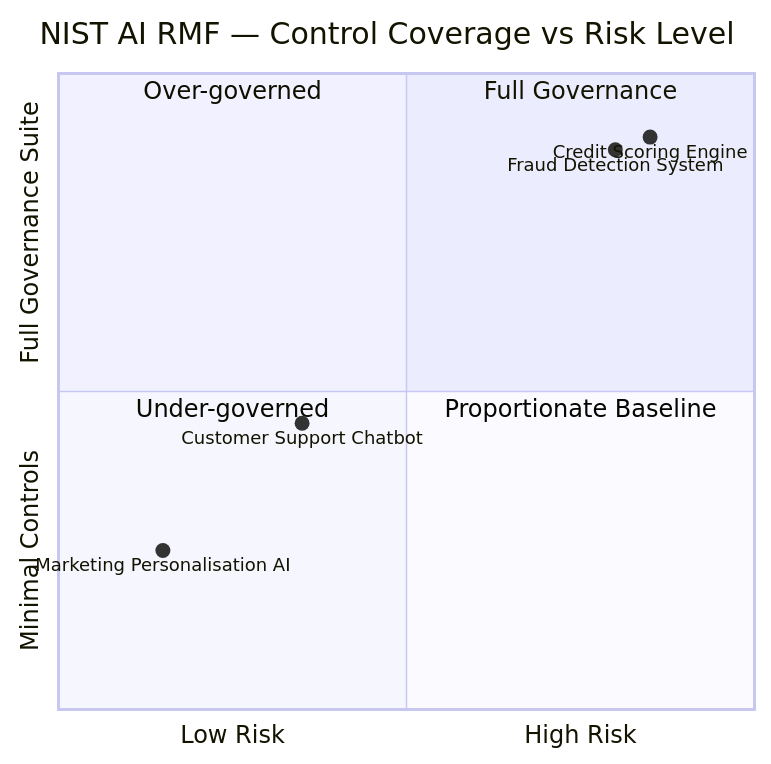
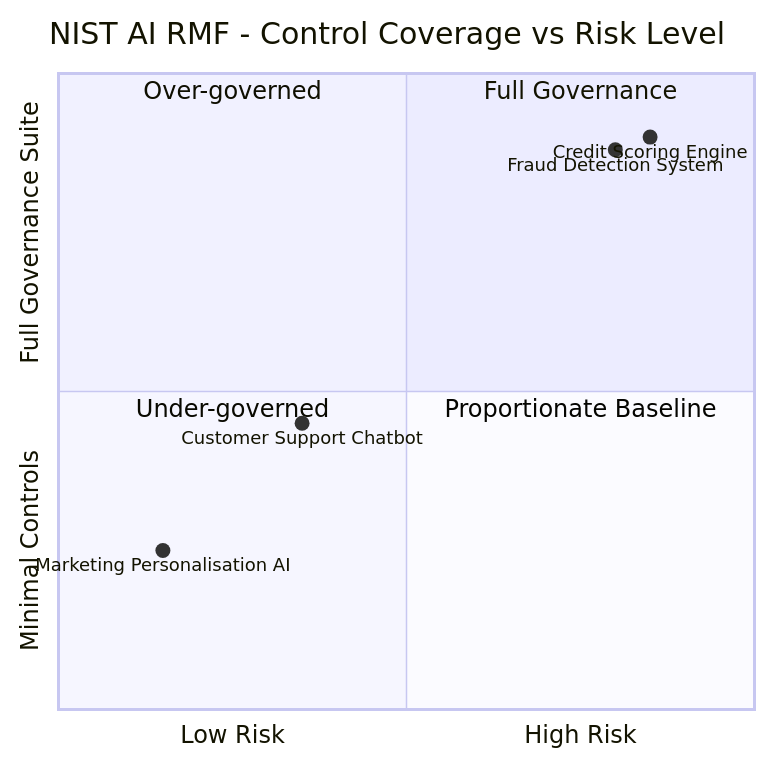
Before and after one commit to franciscovfonseca/AI-System-Inventory: the third of 3 diagrams in README.md, drawn with Mermaid. The commit also changed other lines of this file, not shown here.

````diff
--- a/README.md
+++ b/README.md
@@ -123,14 +123,14 @@
 ```mermaid
 quadrantChart
-    title NIST AI RMF — Control Coverage vs Risk Level
+    title NIST AI RMF - Control Coverage vs Risk Level
     x-axis Low Risk --> High Risk
     y-axis Minimal Controls --> Full Governance Suite
     quadrant-1 Full Governance
     quadrant-2 Over-governed
     quadrant-3 Under-governed
     quadrant-4 Proportionate Baseline
     Credit Scoring Engine: [0.85, 0.90]
     Fraud Detection System: [0.80, 0.88]
     Customer Support Chatbot: [0.35, 0.45]
     Marketing Personalisation AI: [0.15, 0.25]
 ```
````
